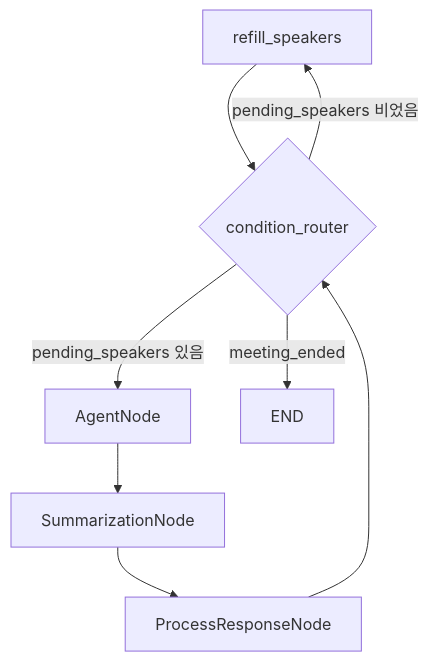
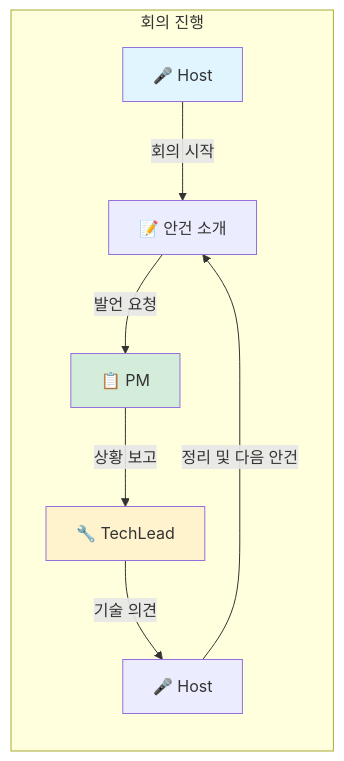
Before and after one commit to doorae-lab/doorae: the second of 2 diagrams in docs/architecture.md, drawn with Mermaid. The commit also changed other lines of this file and 22 other files, not shown here.

````diff
--- a/docs/architecture.md
+++ b/docs/architecture.md
@@ -124,10 +156,14 @@
 ```mermaid
-graph TD
-  A[refill_speakers] --> B{condition_router}
-  B -->|pending_speakers 있음| C[AgentNode]
-  B -->|meeting_ended| D[END]
-  C --> E[SummarizationNode]
-  E --> F[ProcessResponseNode]
-  F --> B
-  B -->|pending_speakers 비었음| A
+graph LR
+    subgraph "회의 진행"
+        A[🎤 Host] -->|회의 시작| B[📝 안건 소개]
+        B -->|발언 요청| C[📋 PM]
+        C -->|상황 보고| D[🔧 TechLead]
+        D -->|기술 의견| E[🎤 Host]
+        E -->|정리 및 다음 안건| B
+    end
+
+    style A fill:#e1f5ff
+    style C fill:#d4edda
+    style D fill:#fff3cd
 ```
````
